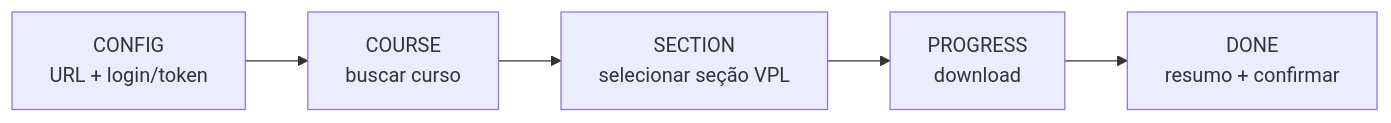
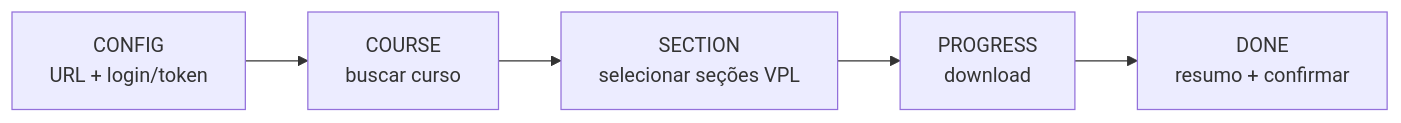
The second of 2 diagrams in docs/componentes.md (RuanPS01/cpp-review-app), drawn with Mermaid before and after one commit. The commit also changed other lines of this file and 10 other files, not shown here.

````diff
--- a/docs/componentes.md
+++ b/docs/componentes.md
@@ -76,7 +76,7 @@
 ```mermaid
 graph LR
     CONFIG["CONFIG<br/>URL + login/token"] --> COURSE["COURSE<br/>buscar curso"]
-    COURSE --> SECTION["SECTION<br/>selecionar seção VPL"]
+    COURSE --> SECTION["SECTION<br/>selecionar seções VPL"]
     SECTION --> PROGRESS["PROGRESS<br/>download"]
     PROGRESS --> DONE["DONE<br/>resumo + confirmar"]
 ```
````
